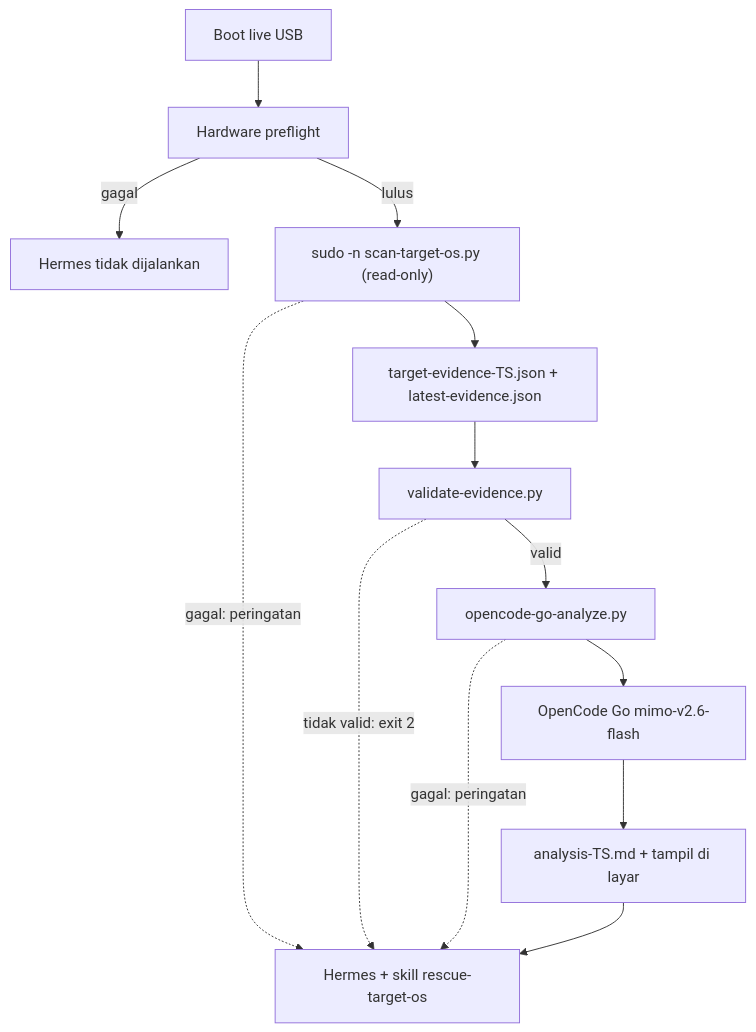
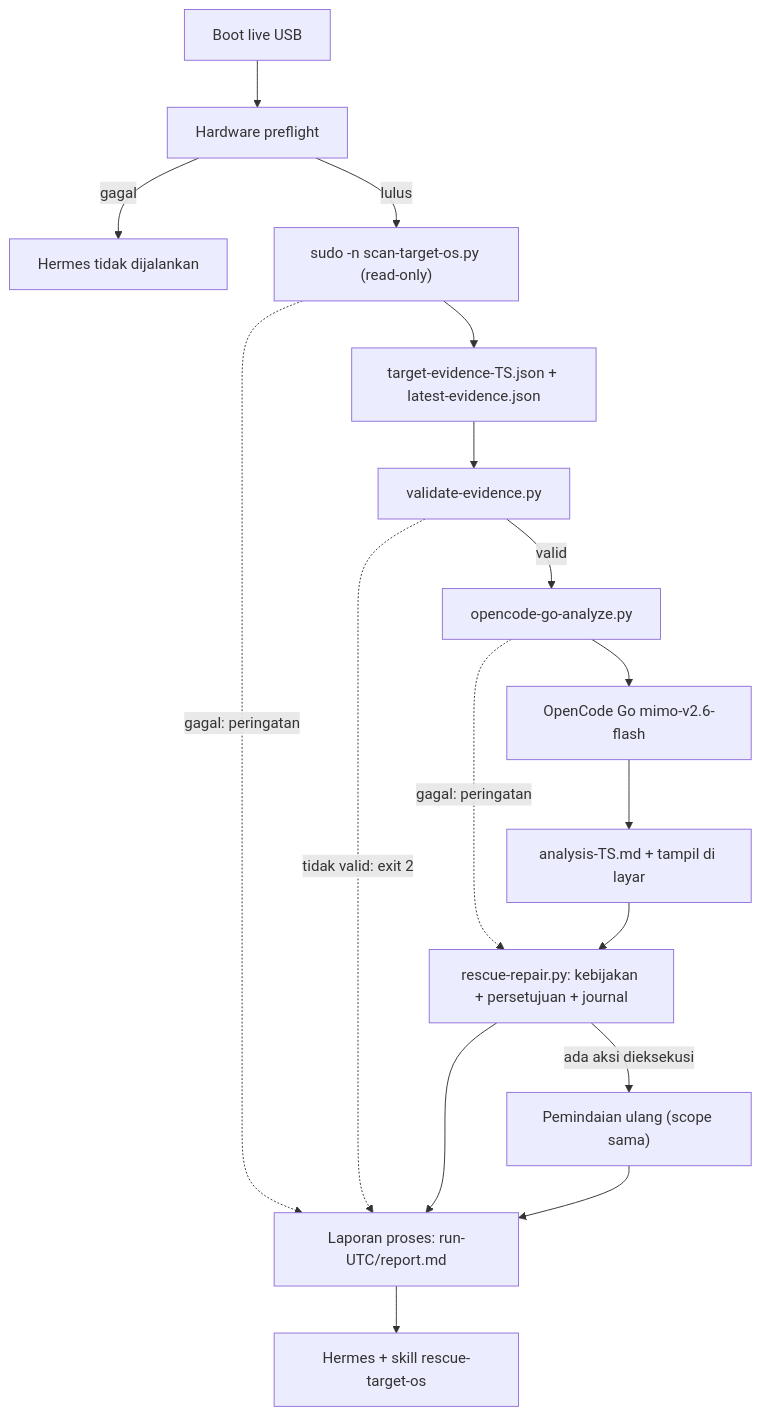
The diagram in docs/target-os-scan.md (ahliweb/linux-mint-xfce-rescue-ai), drawn with Mermaid before and after one commit. The commit also changed other lines of this file and 7 other files, not shown here.

First line of the commit message:
docs: correct stale feature docs (schema 1.2, native host repairs, target mount provider, state files)

````diff
--- a/docs/target-os-scan.md
+++ b/docs/target-os-scan.md
@@ -9,15 +9,19 @@
 ```mermaid
 flowchart TD
     B[Boot live USB] --> P[Hardware preflight]
     P -->|gagal| X[Hermes tidak dijalankan]
     P -->|lulus| S["sudo -n scan-target-os.py (read-only)"]
     S --> E[target-evidence-TS.json + latest-evidence.json]
     E --> V[validate-evidence.py]
     V -->|valid| A[opencode-go-analyze.py]
     A --> G[OpenCode Go mimo-v2.6-flash]
     G --> R[analysis-TS.md + tampil di layar]
-    S -. gagal: peringatan .-> H
-    V -. tidak valid: exit 2 .-> H
-    A -. gagal: peringatan .-> H
-    R --> H[Hermes + skill rescue-target-os]
+    S -. gagal: peringatan .-> RP
+    V -. tidak valid: exit 2 .-> RP
+    A -. gagal: peringatan .-> RE
+    R --> RE["rescue-repair.py: kebijakan + persetujuan + journal"]
+    RE -->|ada aksi dieksekusi| RS["Pemindaian ulang (scope sama)"]
+    RE --> RP["Laporan proses: run-UTC/report.md"]
+    RS --> RP
+    RP --> H[Hermes + skill rescue-target-os]
 ```
````
